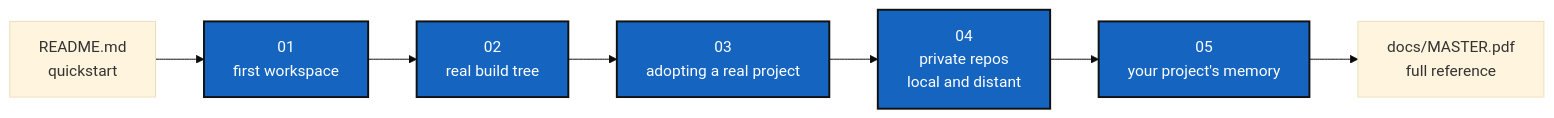
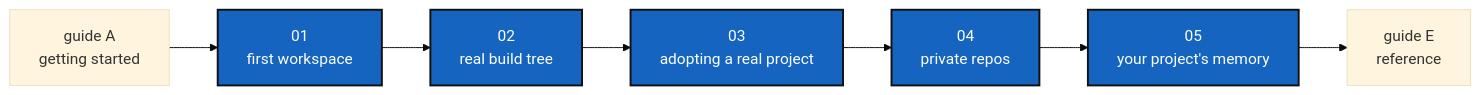
Before and after one commit to flipoyo/ComplexGitSync: the diagram in tutorials/README.md, drawn with Mermaid (base theme). The commit also changed other lines of this file and 15 other files, not shown here.

````diff
--- a/tutorials/README.md
+++ b/tutorials/README.md
@@ -25,12 +22,12 @@
 ```mermaid
 graph LR
-    README["README.md<br/>quickstart"] --> T1["01<br/>first workspace"]
+    G1["guide A<br/>getting started"] --> T1["01<br/>first workspace"]
     T1 --> T2["02<br/>real build tree"]
     T2 --> T3["03<br/>adopting a real project"]
-    T3 --> T4["04<br/>private repos<br/>local and distant"]
+    T3 --> T4["04<br/>private repos"]
     T4 --> T5["05<br/>your project's memory"]
-    T5 --> REF["docs/MASTER.pdf<br/>full reference"]
+    T5 --> REF["guide E<br/>reference"]
 
     classDef here fill:#1565C0,color:#fff,stroke:#111,stroke-width:2px;
     class T1,T2,T3,T4,T5 here;
 ```
````
